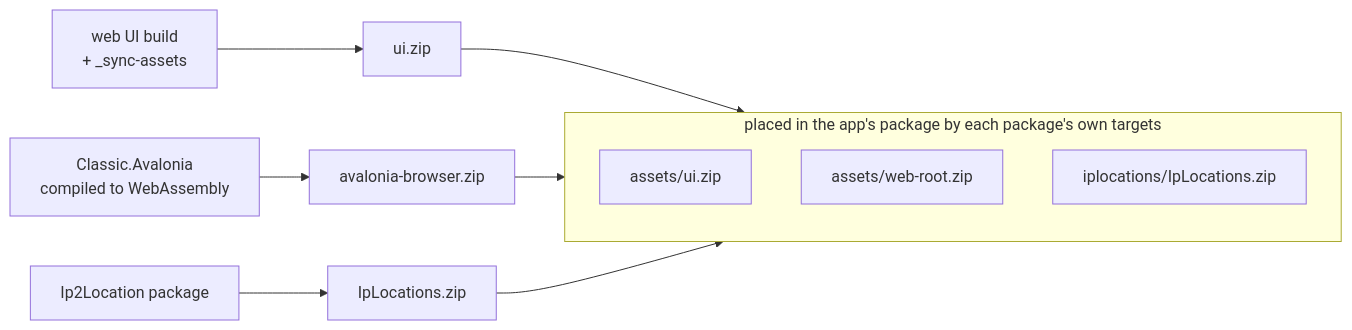
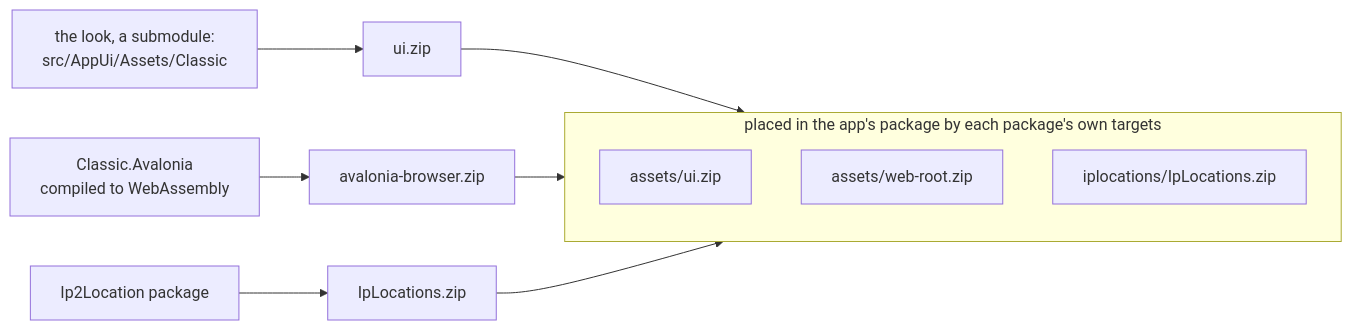
One commit to vpnhood/VpnHood changed the first of 2 diagrams in docs/assets.md. Above: the diagram before and after it, drawn with Mermaid. The commit also changed 7 other files, not shown here.

First line of the commit message:
The look becomes a submodule

````diff
--- a/docs/assets.md
+++ b/docs/assets.md
@@ -69,16 +69,16 @@
 ```mermaid
 graph LR
-    W["web UI build<br/>+ _sync-assets"] --> UZ["ui.zip"]
+    W["the look, a submodule:<br/>src/AppUi/Assets/Classic"] --> UZ["ui.zip"]
     CA["Classic.Avalonia<br/>compiled to WebAssembly"] --> BZ["avalonia-browser.zip"]
     IP["Ip2Location package"] --> IZ["IpLocations.zip"]
 
     UZ --> P
     BZ --> P
     IZ --> P
 
     subgraph P["placed in the app's package by each package's own targets"]
         A1["assets/ui.zip"]
         A2["assets/web-root.zip"]
         A3["iplocations/IpLocations.zip"]
     end
 ```
````
